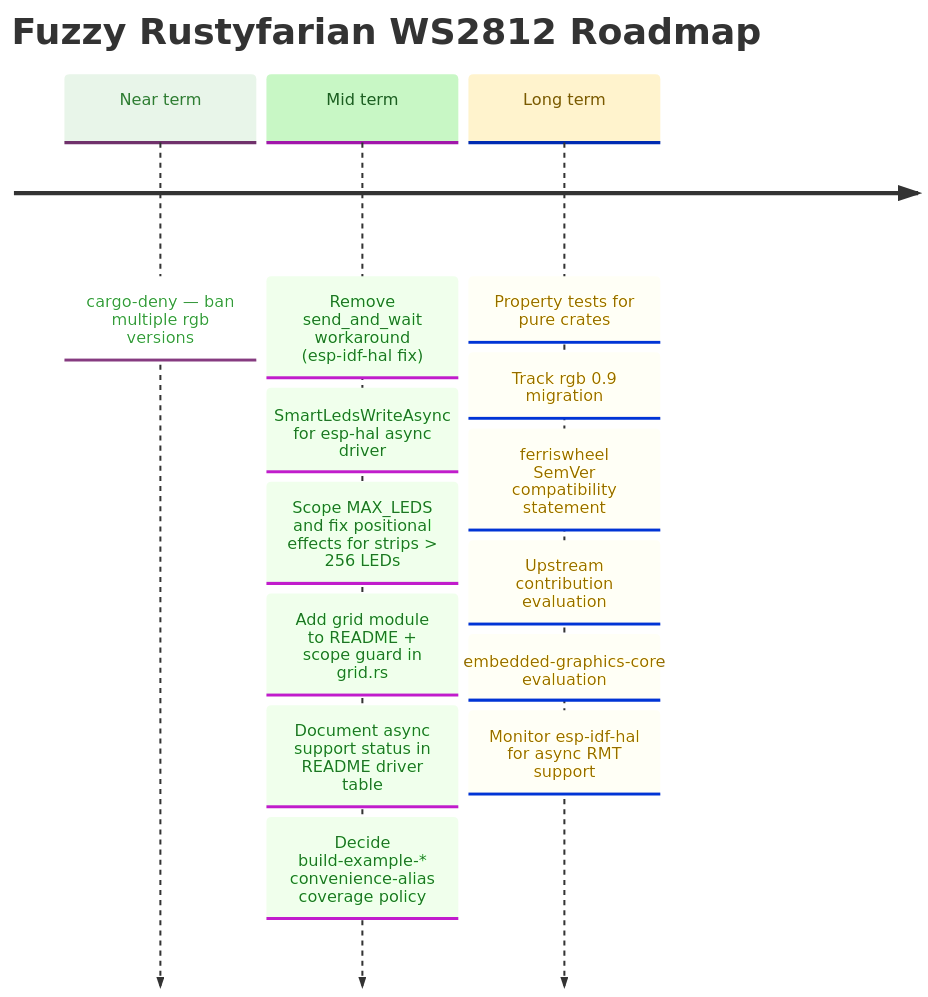
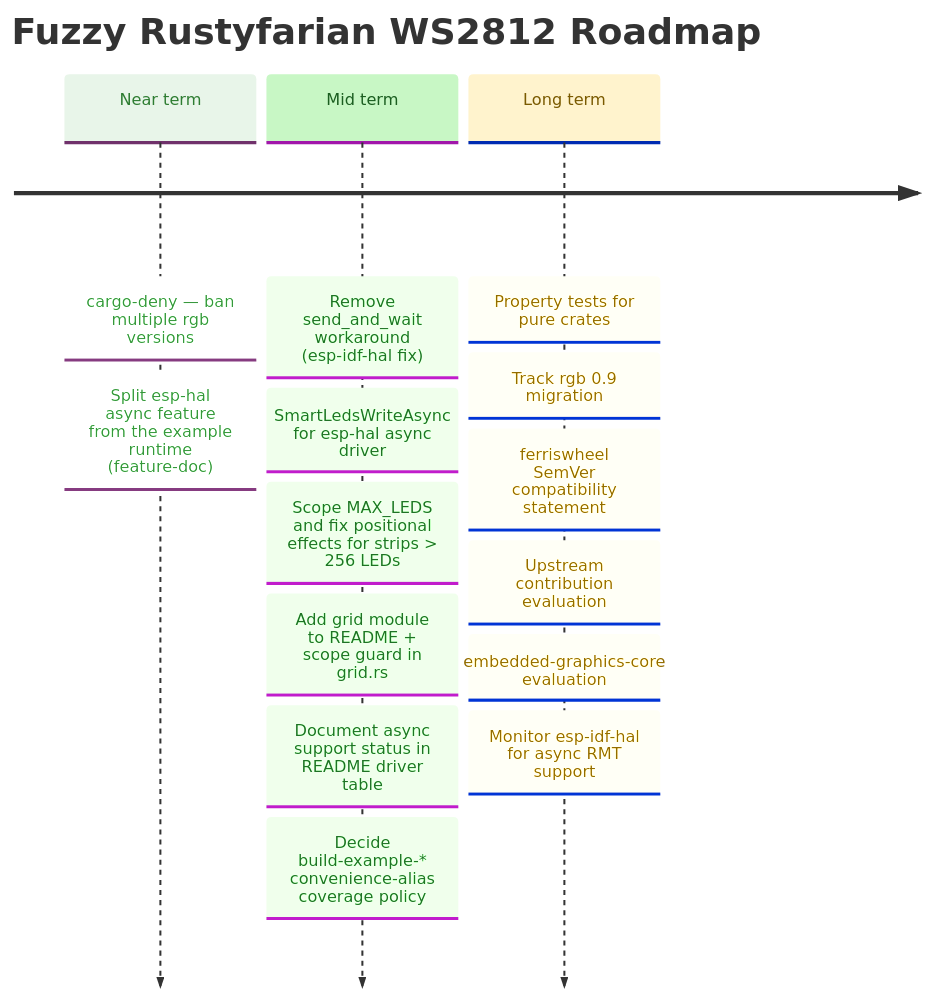
One commit to datenkollektiv/rustyfarian-ws2812 changed the diagram in docs/ROADMAP.md. Above: the diagram before and after it, drawn with Mermaid. The commit also changed other lines of this file and 11 other files, not shown here.

Commit message:
Split esp-hal async feature from the Embassy runtime behind a new embassy feature

````diff
--- a/docs/ROADMAP.md
+++ b/docs/ROADMAP.md
@@ -29,34 +29,35 @@
 ```mermaid
 %%{init: {
   "theme": "base",
   "themeVariables": {
     "cScale0": "#e8f5e9",
     "cScaleLabel0": "#2e7d32",
     "cScale1": "#c8f7c5",
     "cScaleLabel1": "#1b5e20",
     "cScale2": "#fff3cd",
     "cScaleLabel2": "#7a5a00",
     "cScale3": "#e3f2fd",
     "cScaleLabel3": "#0d47a1"
   }
 }}%%
 
 timeline
     title Fuzzy Rustyfarian WS2812 Roadmap
 
     Near term : cargo-deny — ban multiple rgb versions
+              : Split esp-hal async feature from the example runtime (feature-doc)
 
     Mid term  : Remove send_and_wait workaround (esp-idf-hal fix)
               : SmartLedsWriteAsync for esp-hal async driver
               : Scope MAX_LEDS and fix positional effects for strips > 256 LEDs
               : Add grid module to README + scope guard in grid.rs
               : Document async support status in README driver table
               : Decide build-example-* convenience-alias coverage policy
 
     Long term : Property tests for pure crates
               : Track rgb 0.9 migration
               : ferriswheel SemVer compatibility statement
               : Upstream contribution evaluation
               : embedded-graphics-core evaluation
               : Monitor esp-idf-hal for async RMT support
 ```
````
